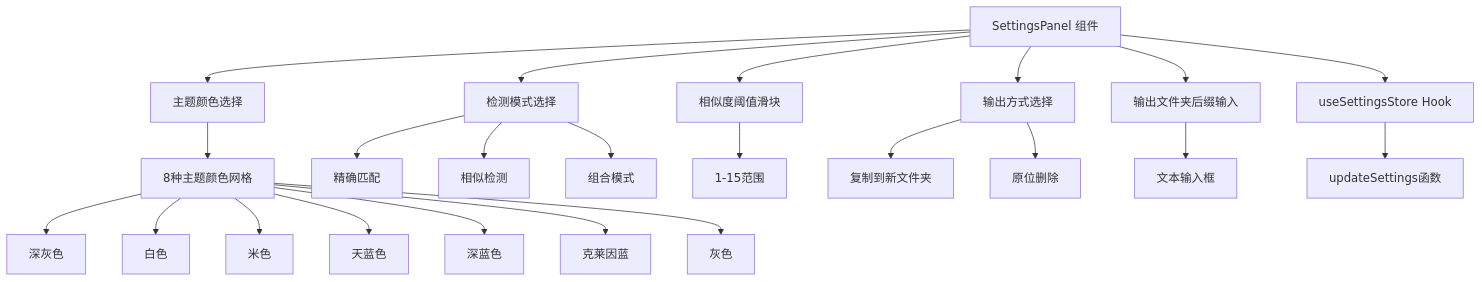
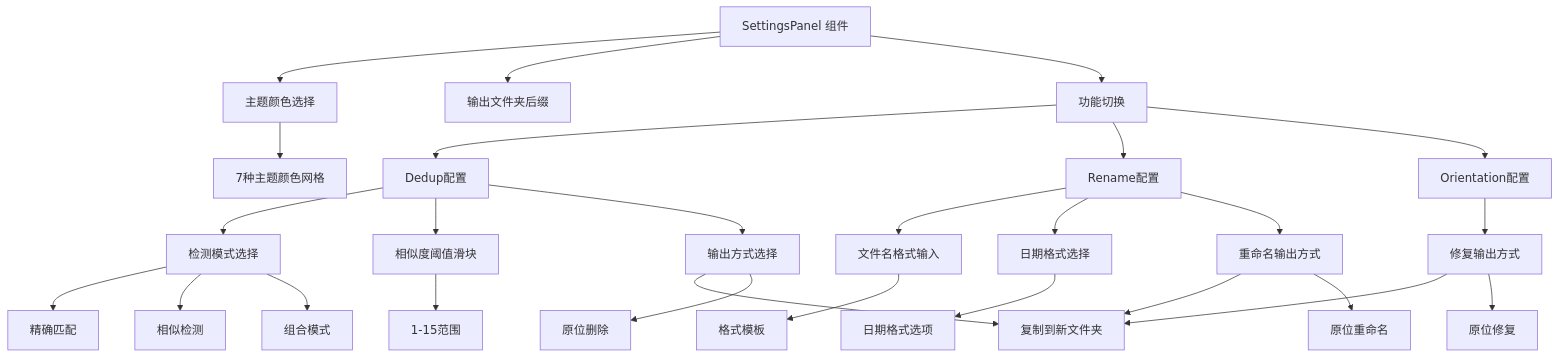
One commit to remgasuki/ReDoPhoto changed the seventh of 10 diagrams in .qoder/repowiki/zh/content/核心服务模块/设置管理服务.md. Above: the diagram before and after it, drawn with Mermaid. The commit also changed other lines of this file and 10 other files, not shown here.

````diff
--- a/.qoder/repowiki/zh/content/核心服务模块/设置管理服务.md
+++ b/.qoder/repowiki/zh/content/核心服务模块/设置管理服务.md
@@ -286,25 +308,29 @@
 ```mermaid
 graph TB
 SP[SettingsPanel 组件] --> TC[主题颜色选择]
-SP --> HM[检测模式选择]
-SP --> PT[相似度阈值滑块]
-SP --> OM[输出方式选择]
-SP --> OF[输出文件夹后缀输入]
-TC --> Themes[8种主题颜色网格]
-Themes --> Black[深灰色]
-Themes --> White[白色]
-Themes --> Beige[米色]
-Themes --> SkyBlue[天蓝色]
-Themes --> DarkBlue[深蓝色]
-Themes --> KleinBlue[克莱因蓝]
-Themes --> Gray[灰色]
+SP --> OFS[输出文件夹后缀]
+SP --> FF[功能切换]
+FF --> DP[Dedup配置]
+FF --> RN[Rename配置]
+FF --> OR[Orientation配置]
+DP --> HM[检测模式选择]
+DP --> PT[相似度阈值滑块]
+DP --> OM[输出方式选择]
+RN --> NF[文件名格式输入]
+RN --> DF[日期格式选择]
+RN --> ROM[重命名输出方式]
+OR --> OOM[修复输出方式]
+TC --> Themes[7种主题颜色网格]
 HM --> Radio1[精确匹配]
 HM --> Radio2[相似检测]
 HM --> Radio3[组合模式]
 PT --> RangeInput[1-15范围]
 OM --> Copy[复制到新文件夹]
 OM --> Delete[原位删除]
-OF --> TextInput[文本输入框]
-SP --> StoreHook[useSettingsStore Hook]
-StoreHook --> UpdateSettings[updateSettings函数]
+NF --> TextInput[格式模板]
+DF --> DateFormat[日期格式选项]
+ROM --> Copy[复制到新文件夹]
+ROM --> RenameInPlace[原位重命名]
+OOM --> Copy[复制到新文件夹]
+OOM --> FixInPlace[原位修复]
 ```
````
